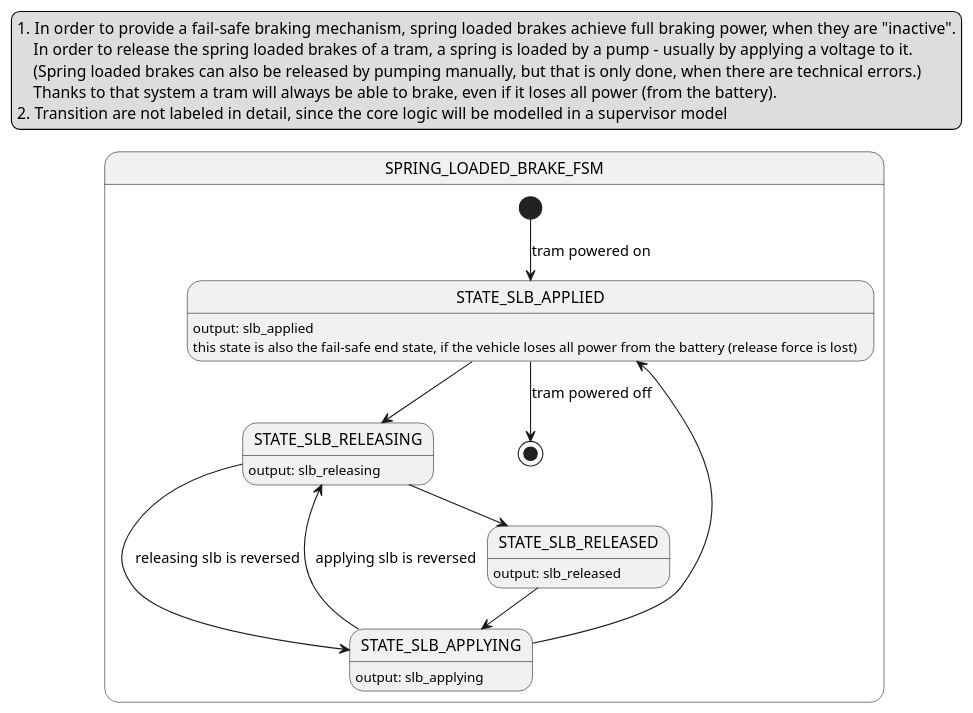
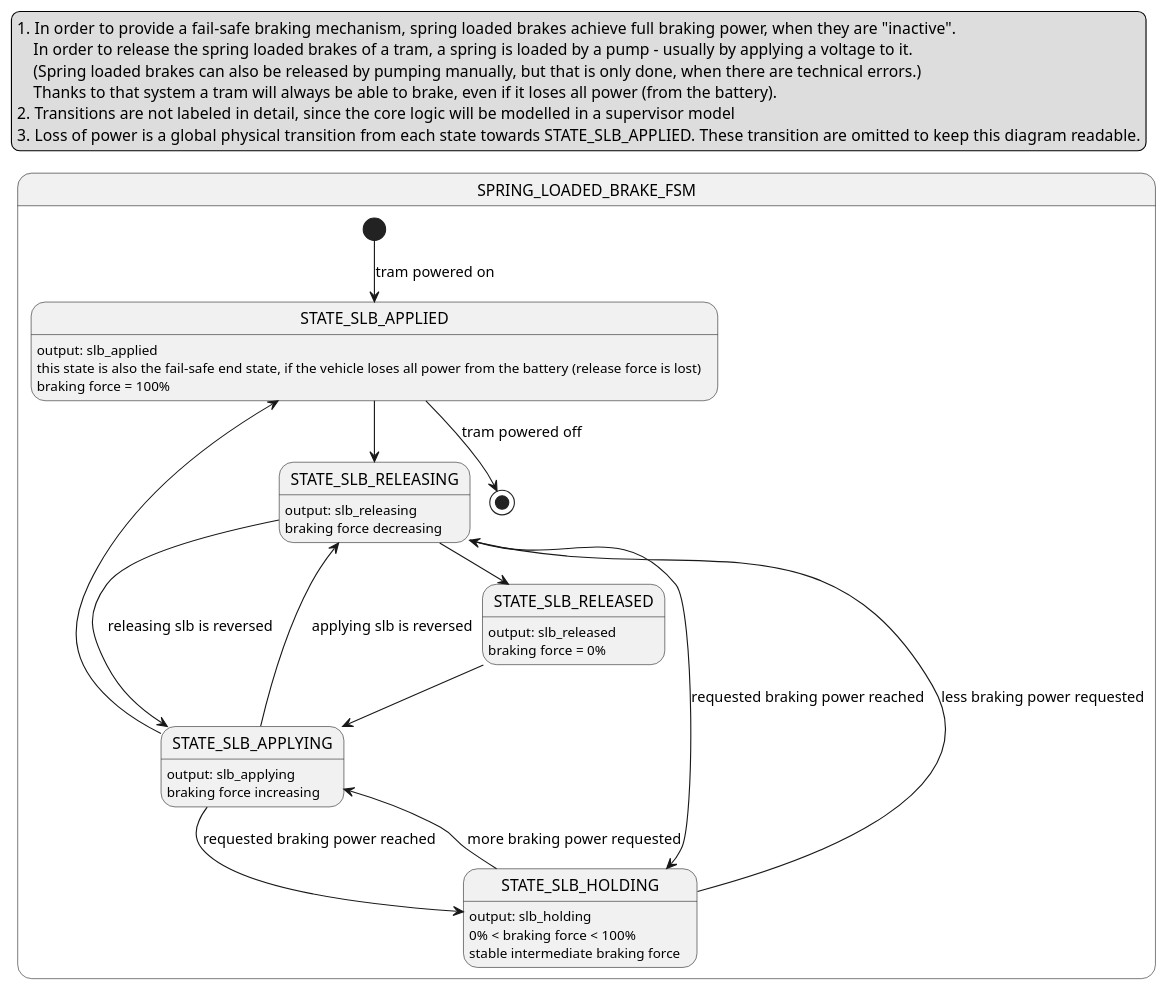
The diagram in docs/models/state_machines/node-drive-controller/spring_loaded_brake_fsm.puml (paetzholdt/CANRepo), drawn with PlantUML before and after one commit.

Commit message:
docs(node-drive-controller): refine spring loaded brake state machine

```diff
--- a/docs/models/state_machines/node-drive-controller/spring_loaded_brake_fsm.puml
+++ b/docs/models/state_machines/node-drive-controller/spring_loaded_brake_fsm.puml
@@ -1,43 +1,58 @@
 @startuml spring_loaded_brake_fsm
 
 legend top
 1.  In order to provide a fail-safe braking mechanism, spring loaded brakes achieve full braking power, when they are "inactive".
     In order to release the spring loaded brakes of a tram, a spring is loaded by a pump - usually by applying a voltage to it.
     (Spring loaded brakes can also be released by pumping manually, but that is only done, when there are technical errors.)
     Thanks to that system a tram will always be able to brake, even if it loses all power (from the battery).
-2.  Transition are not labeled in detail, since the core logic will be modelled in a supervisor model
+2.  Transitions are not labeled in detail, since the core logic will be modelled in a supervisor model
+3.  Loss of power is a global physical transition from each state towards STATE_SLB_APPLIED. These transition are omitted to keep this diagram readable.
 endlegend
 
 state SPRING_LOADED_BRAKE_FSM {
     state STATE_SLB_APPLIED
     state STATE_SLB_APPLYING
     state STATE_SLB_RELEASING
     state STATE_SLB_RELEASED
+    state STATE_SLB_HOLDING
 
 
     STATE_SLB_APPLIED: output: slb_applied
     STATE_SLB_APPLIED: this state is also the fail-safe end state, if the vehicle loses all power from the battery (release force is lost)
+    STATE_SLB_APPLIED: braking force = 100%
 
     STATE_SLB_APPLYING: output: slb_applying
+    STATE_SLB_APPLYING: braking force increasing
 
     STATE_SLB_RELEASING: output: slb_releasing
+    STATE_SLB_RELEASING: braking force decreasing
 
     STATE_SLB_RELEASED: output: slb_released
+    STATE_SLB_RELEASED: braking force = 0%
+
+    STATE_SLB_HOLDING: output: slb_holding
+    STATE_SLB_HOLDING: 0% < braking force < 100%
+    STATE_SLB_HOLDING: stable intermediate braking force
 
 
     [*] --> STATE_SLB_APPLIED: tram powered on
     STATE_SLB_APPLIED --> [*]: tram powered off
 
     STATE_SLB_APPLIED --> STATE_SLB_RELEASING
     STATE_SLB_RELEASING --> STATE_SLB_RELEASED
 
     STATE_SLB_RELEASED --> STATE_SLB_APPLYING
     STATE_SLB_APPLYING --> STATE_SLB_APPLIED
 
 
     STATE_SLB_APPLYING --> STATE_SLB_RELEASING : applying slb is reversed
     STATE_SLB_RELEASING --> STATE_SLB_APPLYING : releasing slb is reversed
 
+    STATE_SLB_HOLDING --> STATE_SLB_APPLYING : more braking power requested
+    STATE_SLB_APPLYING --> STATE_SLB_HOLDING : requested braking power reached
+
+    STATE_SLB_HOLDING --> STATE_SLB_RELEASING : less braking power requested
+    STATE_SLB_RELEASING --> STATE_SLB_HOLDING : requested braking power reached
 }
 
 @enduml
```
